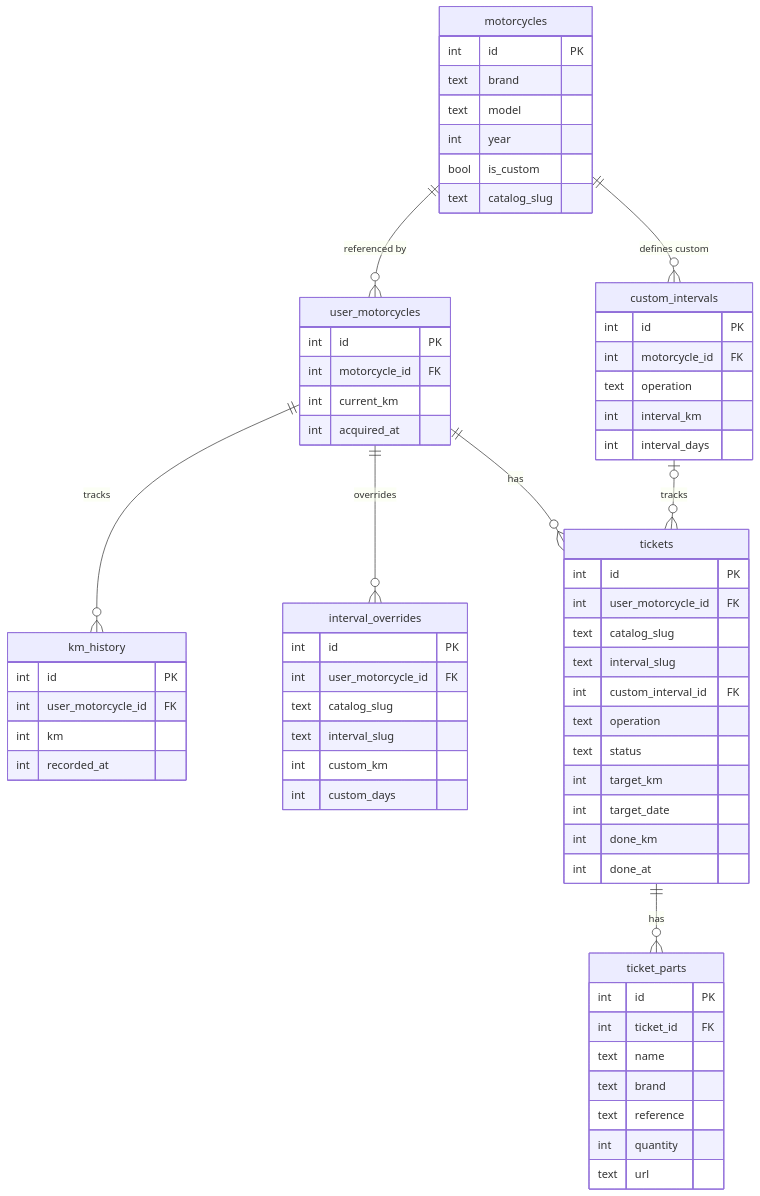
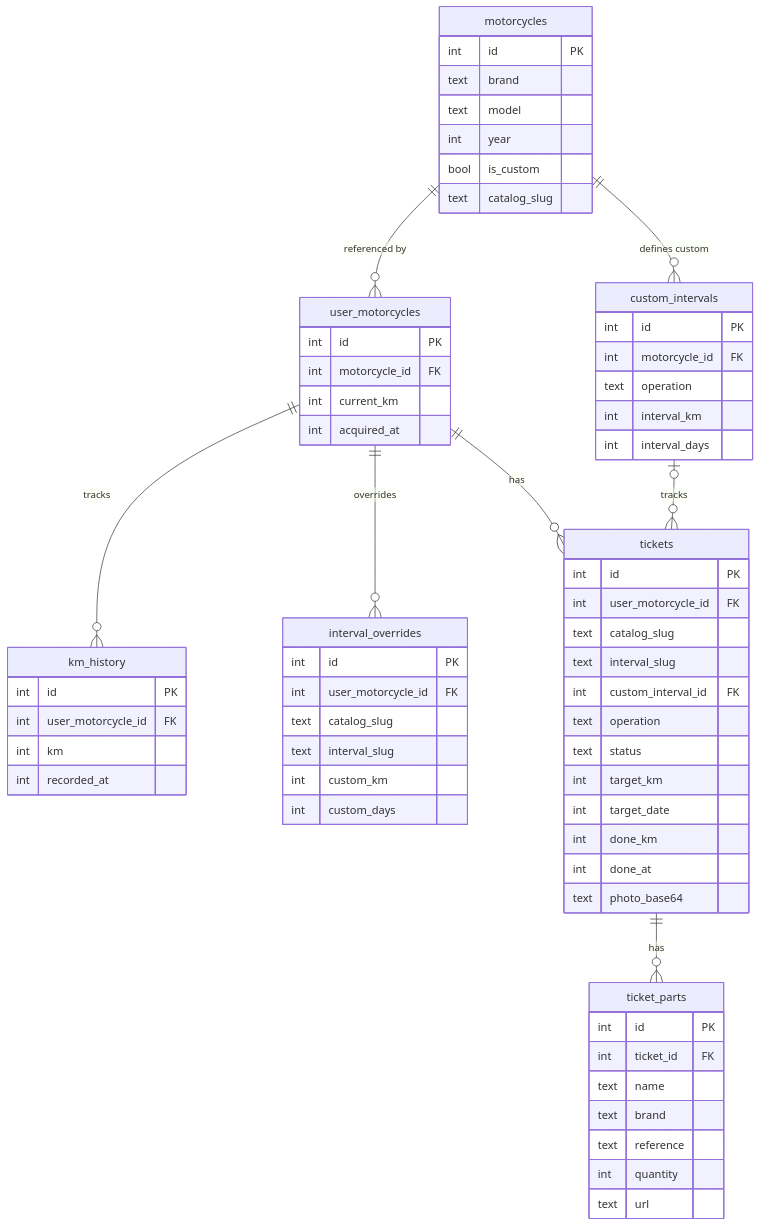
The diagram in README.md (LouisBis/pitlog), drawn with Mermaid before and after one commit. The commit also changed other lines of this file and 6 other files, not shown here.

````diff
--- a/README.md
+++ b/README.md
@@ -39,68 +44,69 @@
 ```mermaid
 erDiagram
     motorcycles {
         int id PK
         text brand
         text model
         int year
         bool is_custom
         text catalog_slug
     }
     custom_intervals {
         int id PK
         int motorcycle_id FK
         text operation
         int interval_km
         int interval_days
     }
     user_motorcycles {
         int id PK
         int motorcycle_id FK
         int current_km
         int acquired_at
     }
     km_history {
         int id PK
         int user_motorcycle_id FK
         int km
         int recorded_at
     }
     interval_overrides {
         int id PK
         int user_motorcycle_id FK
         text catalog_slug
         text interval_slug
         int custom_km
         int custom_days
     }
     tickets {
         int id PK
         int user_motorcycle_id FK
         text catalog_slug
         text interval_slug
         int custom_interval_id FK
         text operation
         text status
         int target_km
         int target_date
         int done_km
         int done_at
+        text photo_base64
     }
     ticket_parts {
         int id PK
         int ticket_id FK
         text name
         text brand
         text reference
         int quantity
         text url
     }
 
     motorcycles ||--o{ custom_intervals : "defines custom"
     motorcycles ||--o{ user_motorcycles : "referenced by"
     user_motorcycles ||--o{ km_history : "tracks"
     user_motorcycles ||--o{ tickets : "has"
     user_motorcycles ||--o{ interval_overrides : "overrides"
     custom_intervals |o--o{ tickets : "tracks"
     tickets ||--o{ ticket_parts : "has"
 ```
````
